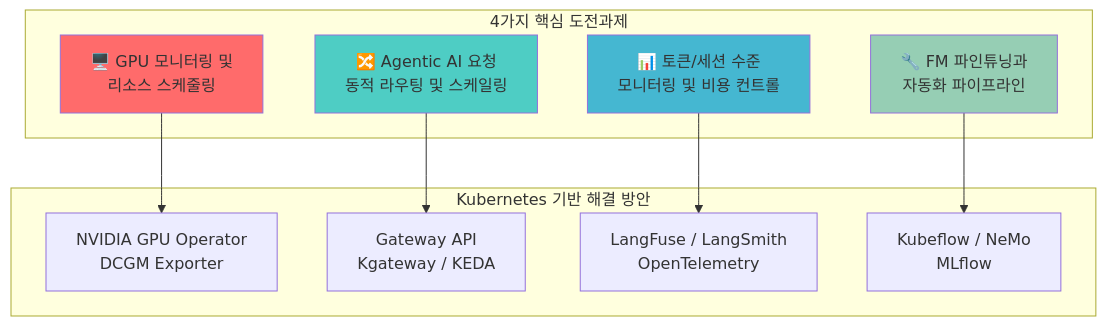
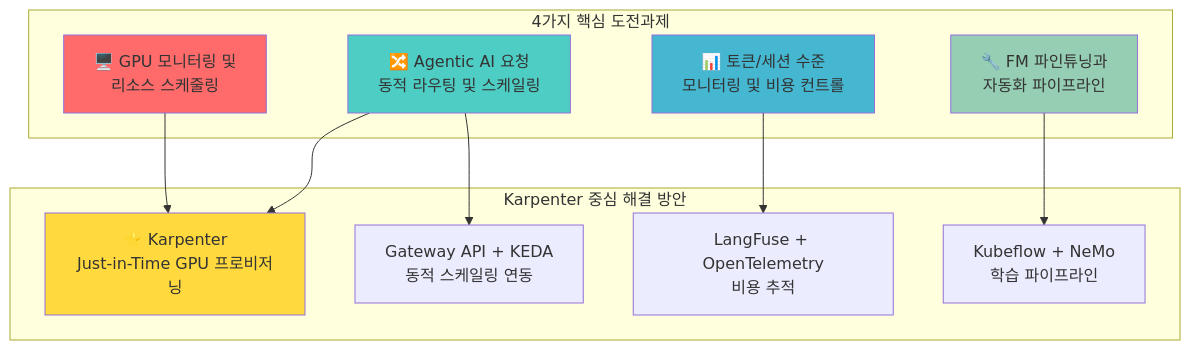
The first of 9 diagrams in docs/genai-aiml/agentic-ai-challenges.md (devfloor9/engineering-playbook), drawn with Mermaid before and after one commit. The commit also changed other lines of this file and 11 other files, not shown here.

````diff
--- a/docs/genai-aiml/agentic-ai-challenges.md
+++ b/docs/genai-aiml/agentic-ai-challenges.md
@@ -23,26 +23,28 @@
 ```mermaid
 graph TB
     subgraph "4가지 핵심 도전과제"
         C1["🖥️ GPU 모니터링 및<br/>리소스 스케줄링"]
         C2["🔀 Agentic AI 요청<br/>동적 라우팅 및 스케일링"]
         C3["📊 토큰/세션 수준<br/>모니터링 및 비용 컨트롤"]
         C4["🔧 FM 파인튜닝과<br/>자동화 파이프라인"]
     end
-    
-    subgraph "Kubernetes 기반 해결 방안"
-        S1["NVIDIA GPU Operator<br/>DCGM Exporter"]
-        S2["Gateway API<br/>Kgateway / KEDA"]
-        S3["LangFuse / LangSmith<br/>OpenTelemetry"]
-        S4["Kubeflow / NeMo<br/>MLflow"]
+
+    subgraph "Karpenter 중심 해결 방안"
+        S1["⭐ Karpenter<br/>Just-in-Time GPU 프로비저닝"]
+        S2["Gateway API + KEDA<br/>동적 스케일링 연동"]
+        S3["LangFuse + OpenTelemetry<br/>비용 추적"]
+        S4["Kubeflow + NeMo<br/>학습 파이프라인"]
     end
-    
+
     C1 --> S1
+    C2 --> S1
     C2 --> S2
     C3 --> S3
     C4 --> S4
-    
+
     style C1 fill:#ff6b6b
     style C2 fill:#4ecdc4
     style C3 fill:#45b7d1
     style C4 fill:#96ceb4
+    style S1 fill:#ffd93d
 ```
````
